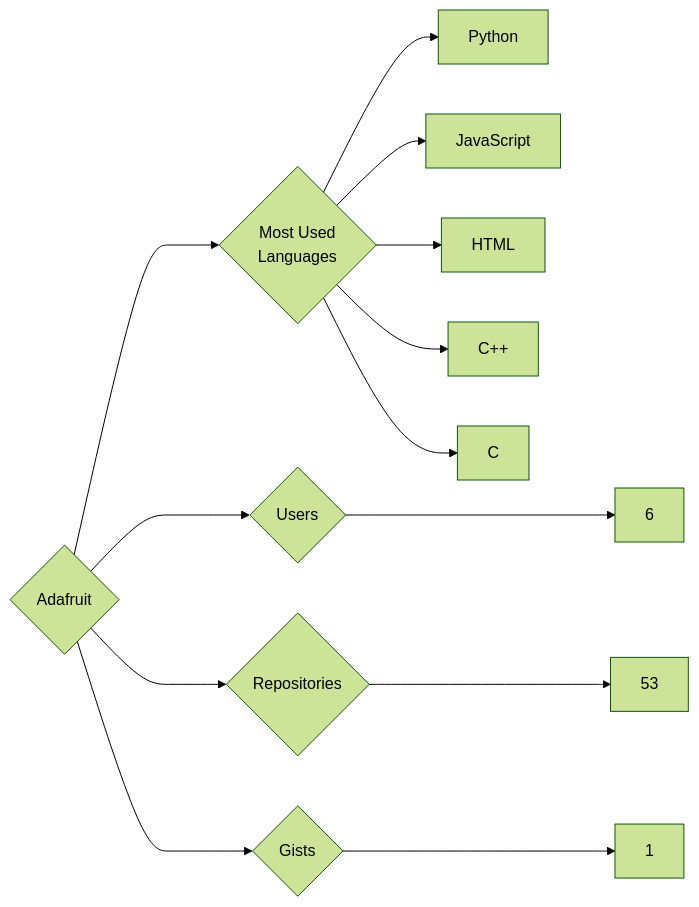
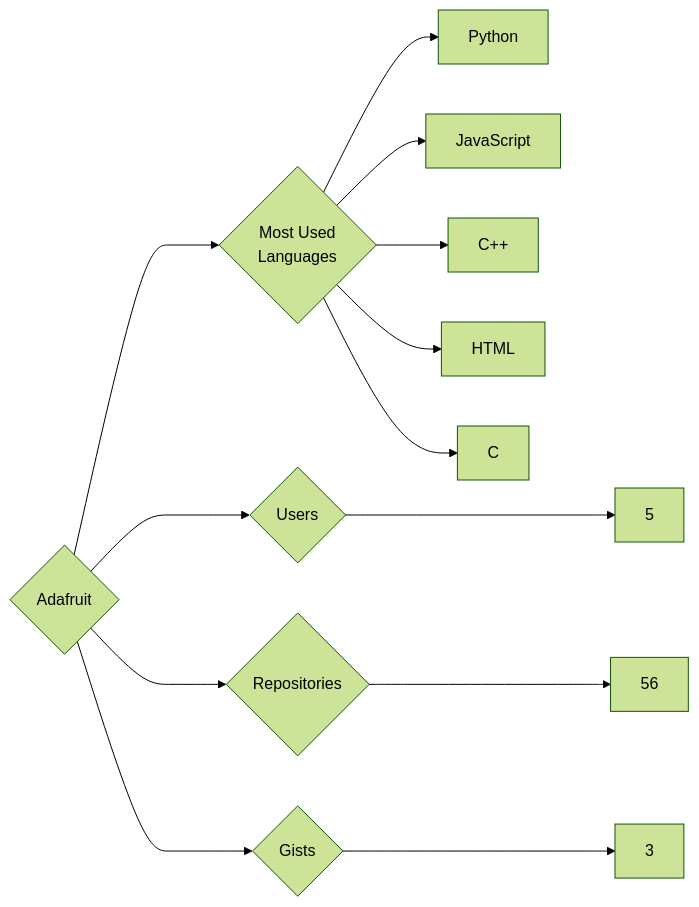
One commit to trickest/insiders changed the diagram in targets/Adafruit/README.md. Above: the diagram before and after it, drawn with Mermaid (forest theme). The commit also changed 618 other files, not shown here.

````diff
--- a/targets/Adafruit/README.md
+++ b/targets/Adafruit/README.md
@@ -3,13 +3,13 @@
 ```mermaid
 graph LR
 COMPANY_NAME{Adafruit}
-COMPANY_NAME ---> U{Users} ---> UN[6]
-COMPANY_NAME ---> R{Repositories} ---> RN[53]
-COMPANY_NAME ---> G{Gists} ---> GN[1]
+COMPANY_NAME ---> U{Users} ---> UN[5]
+COMPANY_NAME ---> R{Repositories} ---> RN[56]
+COMPANY_NAME ---> G{Gists} ---> GN[3]
 COMPANY_NAME ---> ML{Most Used<br>Languages}
 ML --> Python[Python]
 ML --> JavaScript[JavaScript]
+ML --> C++[C++]
 ML --> HTML[HTML]
-ML --> C++[C++]
 ML --> C[C]
 ```
````
